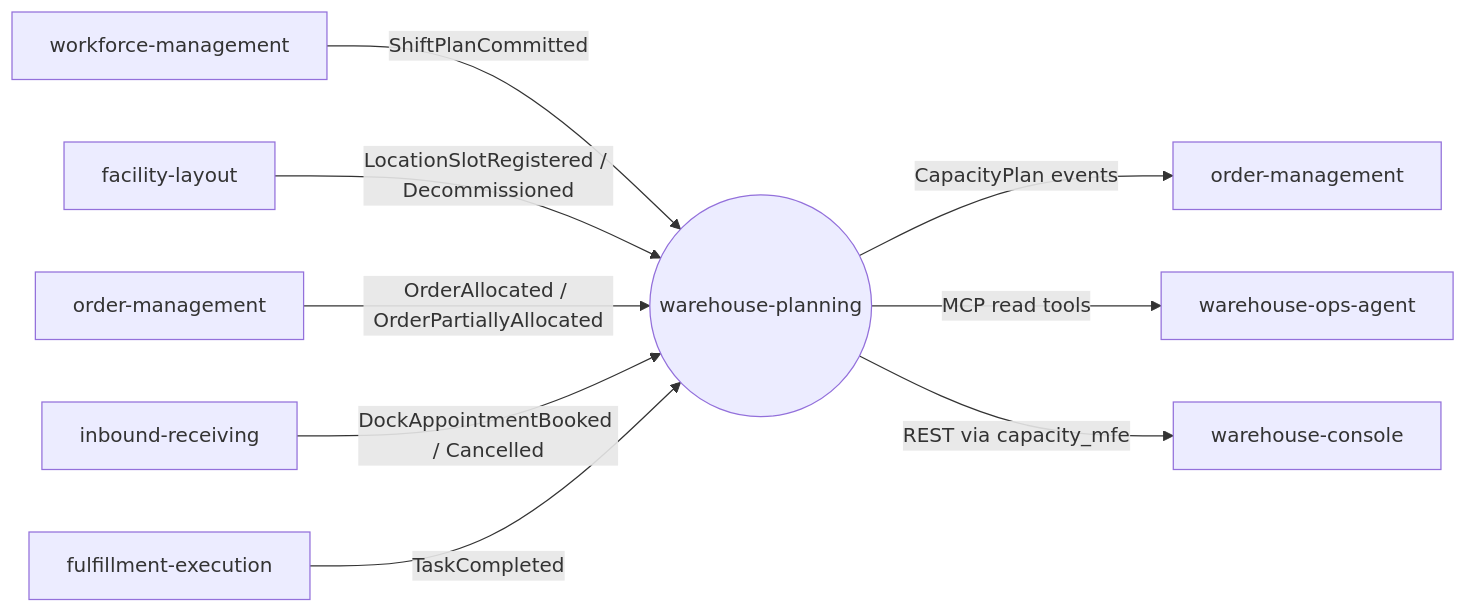
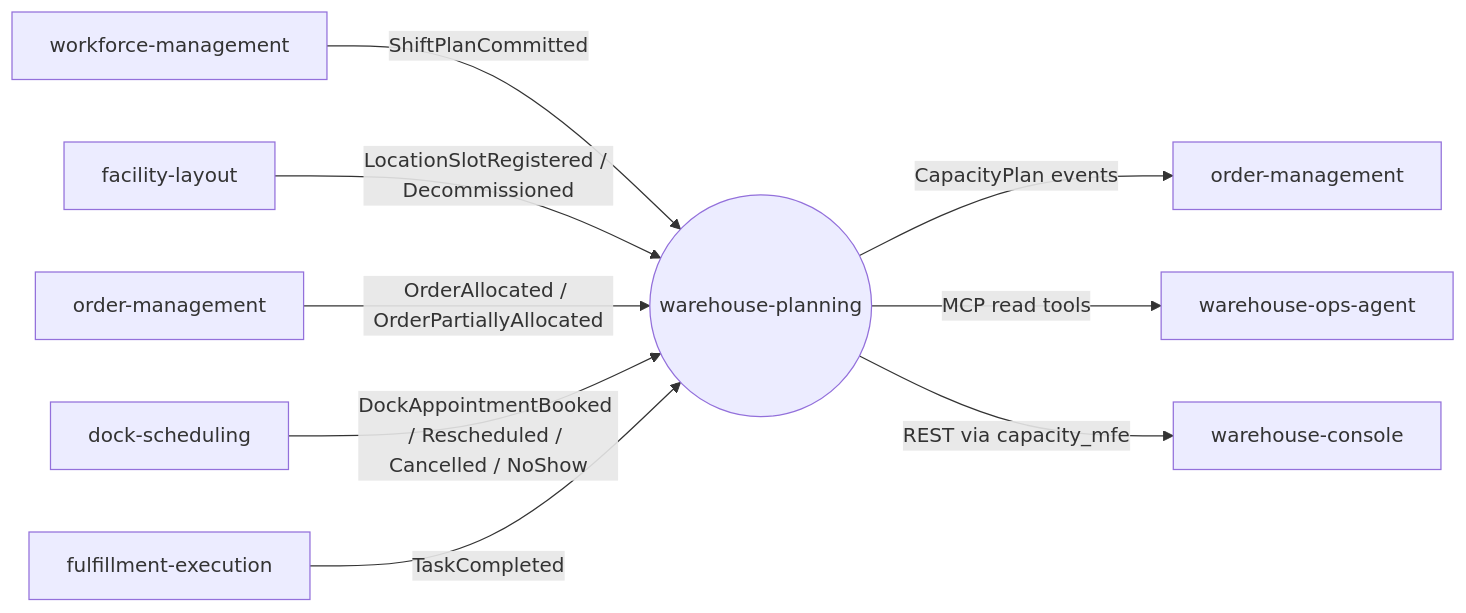
One commit to IQVO/warehouse-planning changed the diagram in docs/docs/overview/context.md. Above: the diagram before and after it, drawn with Mermaid. The commit also changed other lines of this file and 59 other files, not shown here.

First line of the commit message:
feat(inbound-demand): read dock appointments from dock-scheduling (ADR 0020) (#109)

````diff
--- a/docs/docs/overview/context.md
+++ b/docs/docs/overview/context.md
@@ -24,12 +24,12 @@
 ```mermaid
 flowchart LR
   WFM[workforce-management] -- "ShiftPlanCommitted" --> WP
   FL[facility-layout] -- "LocationSlotRegistered / Decommissioned" --> WP
   OMIN[order-management] -- "OrderAllocated / OrderPartiallyAllocated" --> WP
-  IR[inbound-receiving] -- "DockAppointmentBooked / Cancelled" --> WP
+  DS[dock-scheduling] -- "DockAppointmentBooked / Rescheduled / Cancelled / NoShow" --> WP
   FE[fulfillment-execution] -- "TaskCompleted" --> WP
   WP((warehouse-planning))
   WP -- "CapacityPlan events" --> OM[order-management]
   WP -- "MCP read tools" --> OPS[warehouse-ops-agent]
   WP -- "REST via capacity_mfe" --> CON[warehouse-console]
 ```
````
